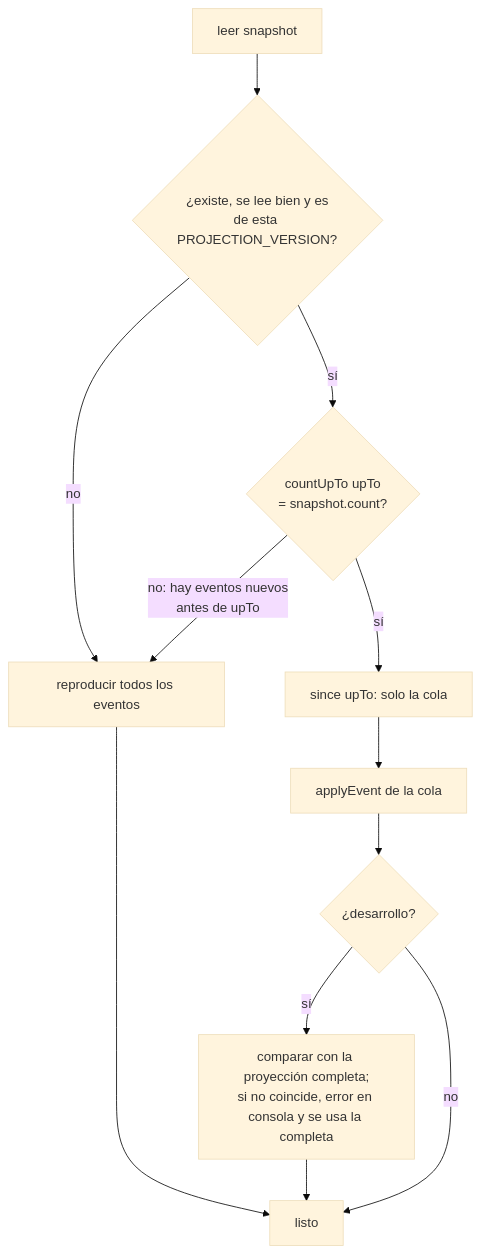
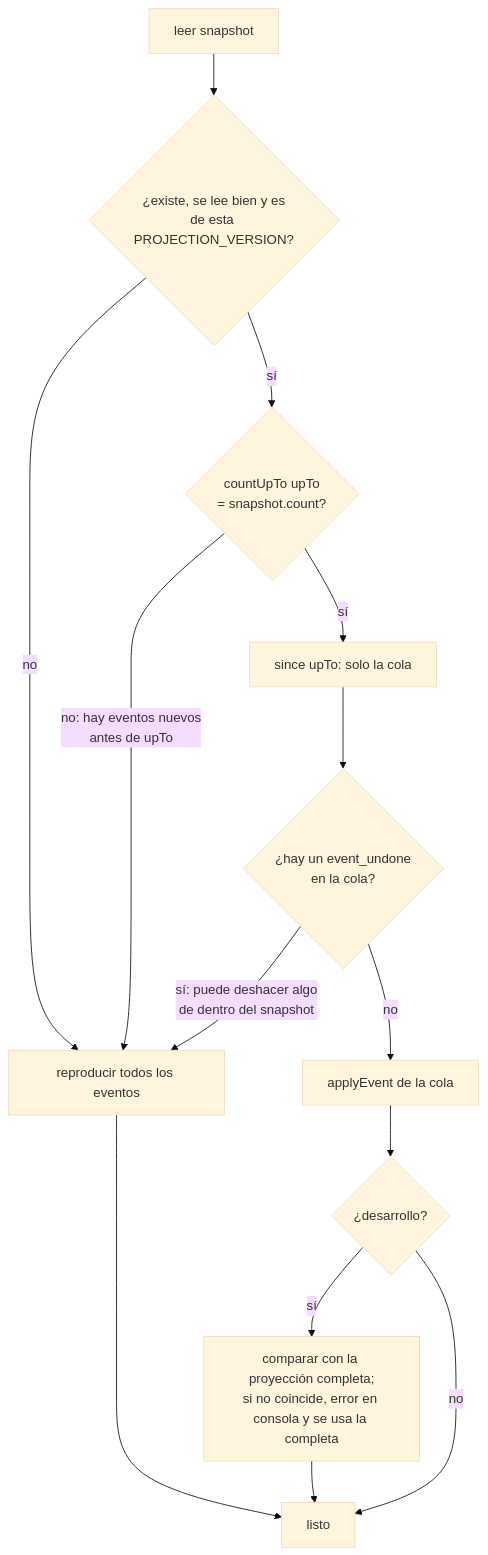
The second of 2 diagrams in src/features/snapshot/README.md (Carlos-Requena/Quest_Tareas), drawn with Mermaid (base theme) before and after one commit. The commit also changed other lines of this file and 135 other files, not shown here.

````diff
--- a/src/features/snapshot/README.md
+++ b/src/features/snapshot/README.md
@@ -55,13 +57,15 @@
 ```mermaid
 flowchart TD
     A[leer snapshot] --> B{¿existe, se lee bien y es<br/>de esta PROJECTION_VERSION?}
     B -- no --> R[reproducir todos los eventos]
     B -- sí --> C{countUpTo upTo<br/>= snapshot.count?}
     C -- no: hay eventos nuevos<br/>antes de upTo --> R
-    C -- sí --> D[since upTo: solo la cola] --> E[applyEvent de la cola]
+    C -- sí --> D[since upTo: solo la cola] --> U{¿hay un event_undone<br/>en la cola?}
+    U -- sí: puede deshacer algo<br/>de dentro del snapshot --> R
+    U -- no --> E[applyEvent de la cola]
     E --> V{¿desarrollo?}
     V -- sí --> W[comparar con la proyección completa;<br/>si no coincide, error en consola y se usa la completa]
     V -- no --> S[listo]
     W --> S
     R --> S
 ```
````
